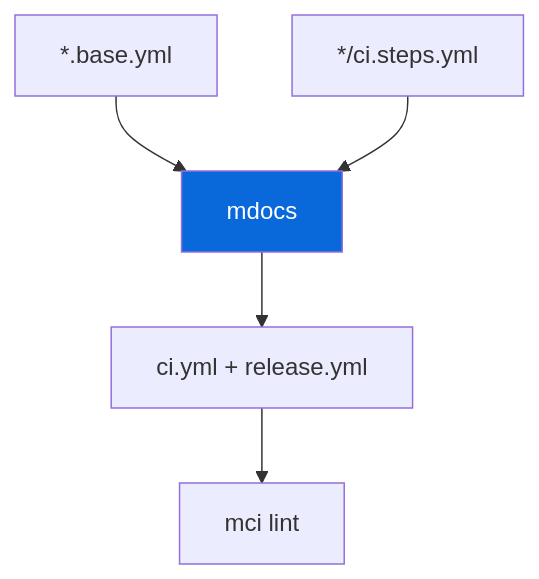
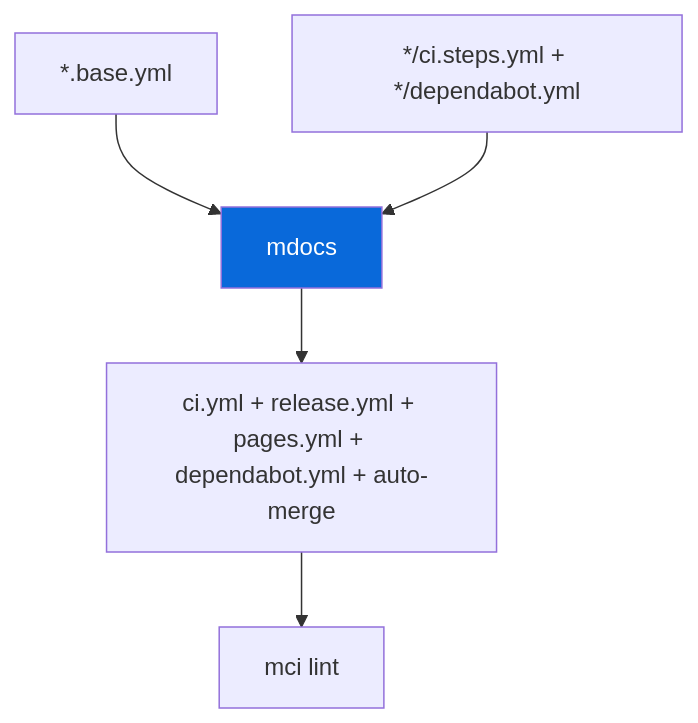
The diagram in configs/gh-actions/AGENT.md (Archont561/ts-monorepo-template), drawn with Mermaid before and after one commit. The commit also changed other lines of this file and 17 other files, not shown here.

````diff
--- a/configs/gh-actions/AGENT.md
+++ b/configs/gh-actions/AGENT.md
@@ -20,9 +21,9 @@
 ```mermaid
 graph TD
     A[*.base.yml] --> C[mdocs]
-    B[*/ci.steps.yml] --> C
-    C --> D[ci.yml + release.yml]
+    B[*/ci.steps.yml + */dependabot.yml] --> C
+    C --> D[ci.yml + release.yml + pages.yml + dependabot.yml + auto-merge]
     D --> E[mci lint]
 
     style C fill:#0969DA,color:#fff
 ```
````
